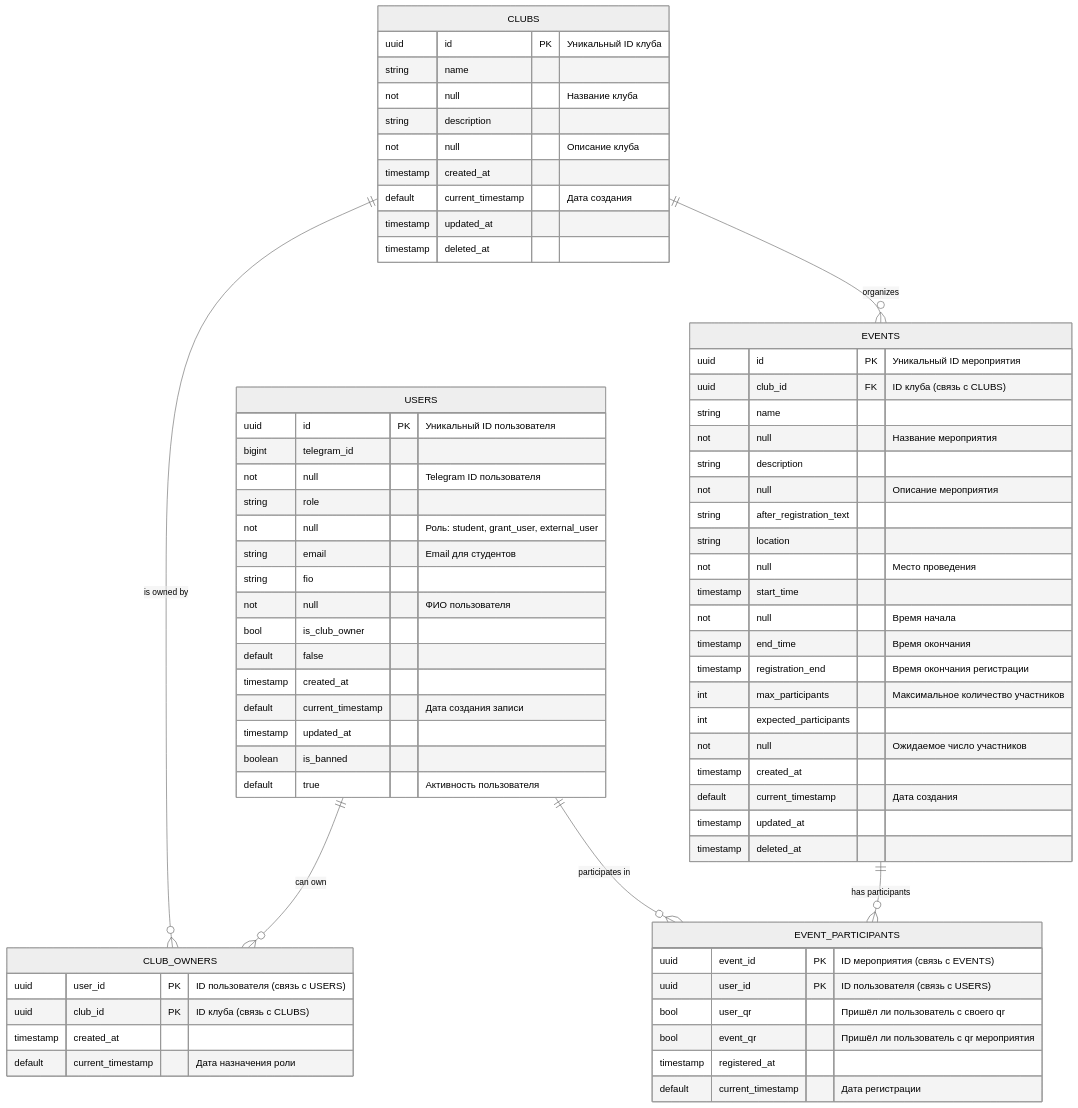
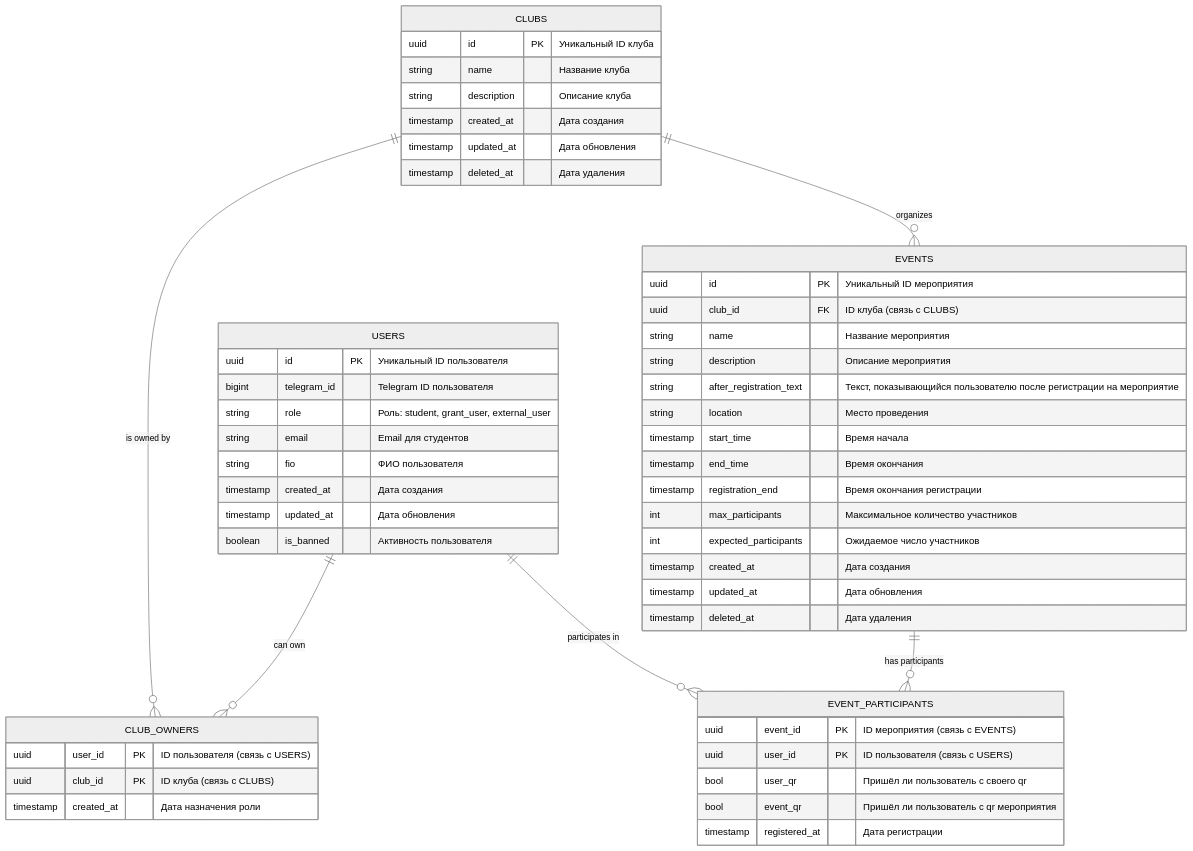
The diagram in README.md (Zoom-Developer/cu-clubs-bot), drawn with Mermaid (neutral theme) before and after one commit.

Commit message:
refactor: README.md

````diff
--- a/README.md
+++ b/README.md
@@ -7,61 +7,60 @@
 ```mermaid
 erDiagram
     USERS {
         uuid id PK "Уникальный ID пользователя"
-        bigint telegram_id not null "Telegram ID пользователя"
-        string role not null "Роль: student, grant_user, external_user"
+        bigint telegram_id "Telegram ID пользователя"
+        string role "Роль: student, grant_user, external_user"
         string email "Email для студентов"
-        string fio not null "ФИО пользователя"
-        bool is_club_owner default false
-        timestamp created_at default current_timestamp "Дата создания записи"
-        timestamp updated_at
-        boolean is_banned default true "Активность пользователя"
+        string fio "ФИО пользователя"
+        timestamp created_at "Дата создания"
+        timestamp updated_at "Дата обновления"
+        boolean is_banned "Активность пользователя"
     }
 
     CLUBS {
         uuid id PK "Уникальный ID клуба"
-        string name not null "Название клуба"
-        string description not null  "Описание клуба"
-        timestamp created_at default current_timestamp "Дата создания"
-        timestamp updated_at
-        timestamp deleted_at
+        string name "Название клуба"
+        string description "Описание клуба"
+        timestamp created_at "Дата создания"
+        timestamp updated_at "Дата обновления"
+        timestamp deleted_at "Дата удаления"
     }
 
     CLUB_OWNERS {
         uuid user_id PK "ID пользователя (связь с USERS)"
         uuid club_id PK "ID клуба (связь с CLUBS)"
-        timestamp created_at default current_timestamp "Дата назначения роли"
+        timestamp created_at "Дата назначения роли"
     }
 
     EVENTS {
         uuid id PK "Уникальный ID мероприятия"
         uuid club_id FK "ID клуба (связь с CLUBS)"
-        string name not null "Название мероприятия"
-        string description not null "Описание мероприятия"
-        string after_registration_text
-        string location not null "Место проведения"
-        timestamp start_time not null "Время начала"
+        string name "Название мероприятия"
+        string description "Описание мероприятия"
+        string after_registration_text "Текст, показывающийся пользователю после регистрации на мероприятие"
+        string location "Место проведения"
+        timestamp start_time "Время начала"
         timestamp end_time "Время окончания"
         timestamp registration_end "Время окончания регистрации"
         int max_participants "Максимальное количество участников"
-        int expected_participants not null "Ожидаемое число участников"
-        timestamp created_at default current_timestamp "Дата создания"
-        timestamp updated_at
-        timestamp deleted_at
+        int expected_participants "Ожидаемое число участников"
+        timestamp created_at "Дата создания"
+        timestamp updated_at "Дата обновления"
+        timestamp deleted_at "Дата удаления"
     }
 
     EVENT_PARTICIPANTS {
         uuid event_id PK "ID мероприятия (связь с EVENTS)"
         uuid user_id PK "ID пользователя (связь с USERS)"
         bool user_qr "Пришёл ли пользователь с своего qr"
         bool event_qr "Пришёл ли пользователь с qr мероприятия"
-        timestamp registered_at default current_timestamp "Дата регистрации"
+        timestamp registered_at "Дата регистрации"
     }
 
     %% Relationships
     USERS ||--o{ CLUB_OWNERS : "can own"
     CLUBS ||--o{ CLUB_OWNERS : "is owned by"
     CLUBS ||--o{ EVENTS : "organizes"
     EVENTS ||--o{ EVENT_PARTICIPANTS : "has participants"
     USERS ||--o{ EVENT_PARTICIPANTS : "participates in"
 ```
````
